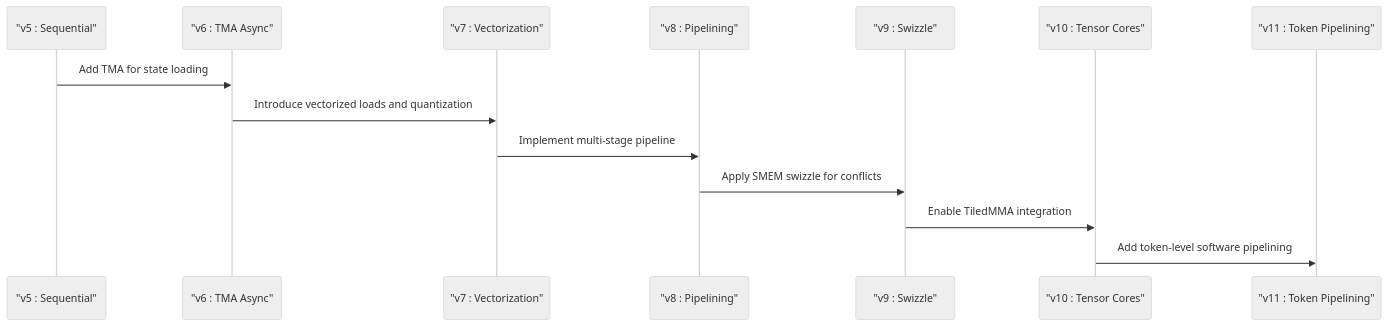
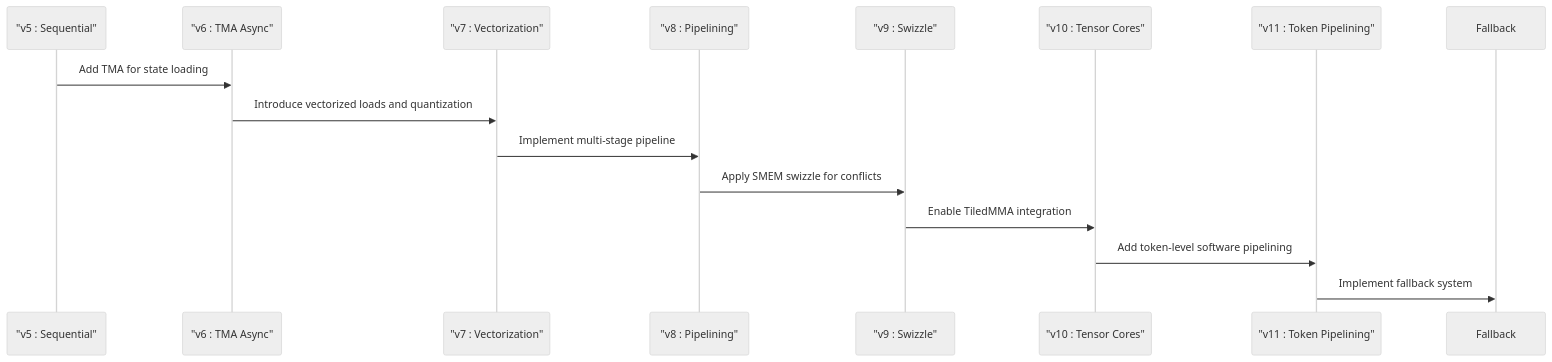
The third of 27 diagrams in .qoder/repowiki/en/content/GDN Prefill Kernel Optimization.md (gugudeshubao/flashinfer-bench-tma-thrust), drawn with Mermaid (neutral theme) before and after one commit. The commit also changed other lines of this file and 46 other files, not shown here.

````diff
--- a/.qoder/repowiki/en/content/GDN Prefill Kernel Optimization.md
+++ b/.qoder/repowiki/en/content/GDN Prefill Kernel Optimization.md
@@ -166,16 +190,17 @@
 ```mermaid
 sequenceDiagram
 participant V5 as "v5 : Sequential"
 participant V6 as "v6 : TMA Async"
 participant V7 as "v7 : Vectorization"
 participant V8 as "v8 : Pipelining"
 participant V9 as "v9 : Swizzle"
 participant V10 as "v10 : Tensor Cores"
 participant V11 as "v11 : Token Pipelining"
 V5->>V6 : Add TMA for state loading
 V6->>V7 : Introduce vectorized loads and quantization
 V7->>V8 : Implement multi-stage pipeline
 V8->>V9 : Apply SMEM swizzle for conflicts
 V9->>V10 : Enable TiledMMA integration
 V10->>V11 : Add token-level software pipelining
+V11->>Fallback : Implement fallback system
 ```
````
